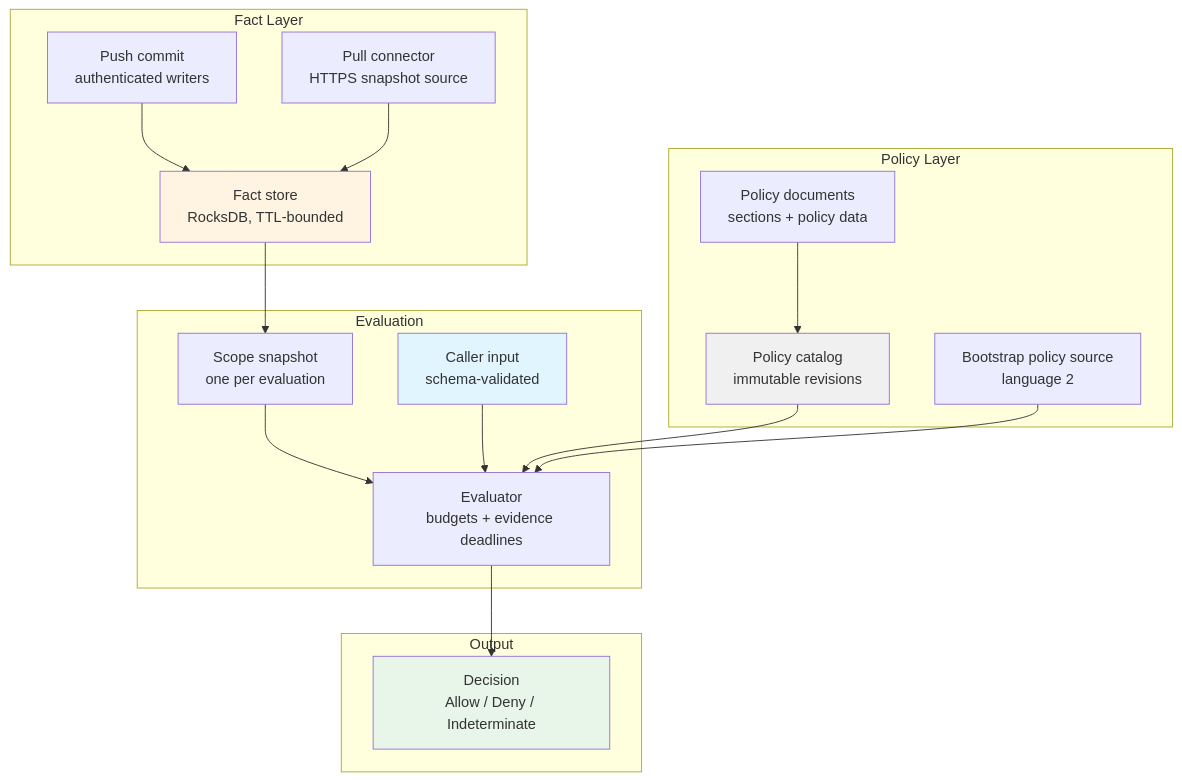
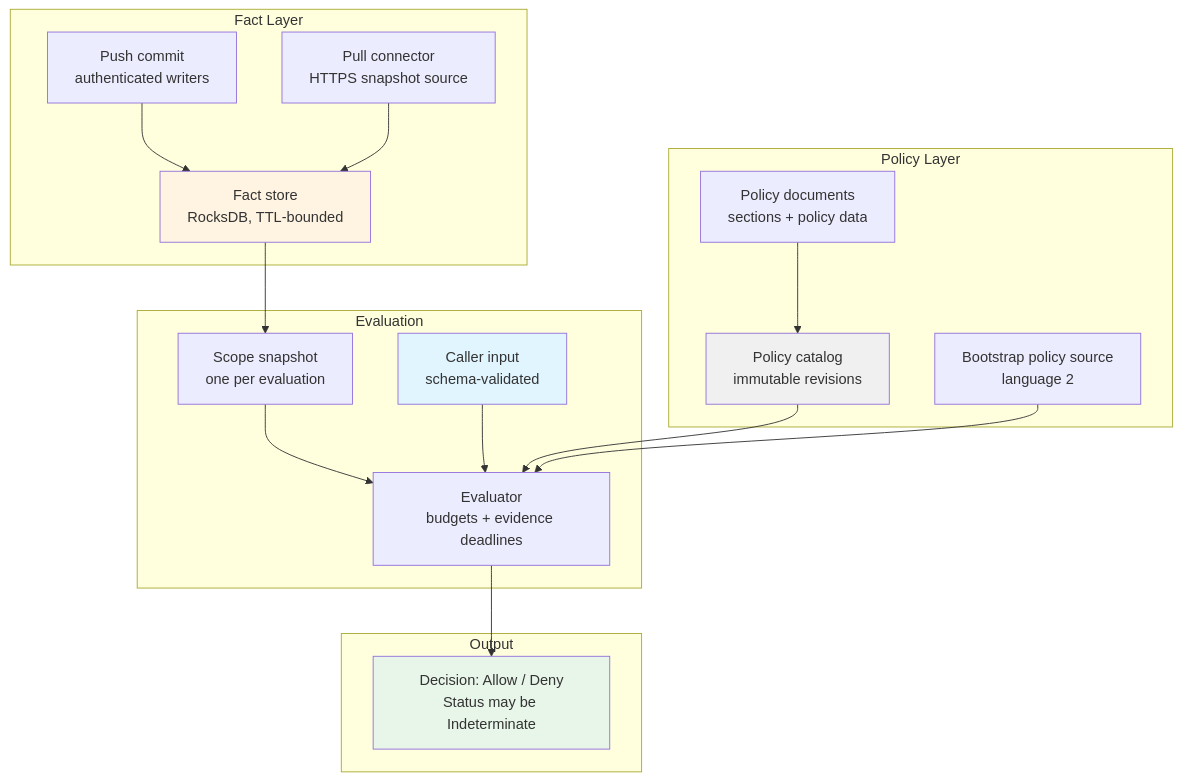
The diagram in README.md (jrepp/ipe), drawn with Mermaid before and after one commit. The commit also changed other lines of this file and 11 other files, not shown here.

````diff
--- a/README.md
+++ b/README.md
@@ -58,38 +58,38 @@
 ```mermaid
 graph TB
     subgraph "Policy Layer"
         SRC[Bootstrap policy source<br/>language 2]
         DOC[Policy documents<br/>sections + policy data]
         CAT[Policy catalog<br/>immutable revisions]
         DOC --> CAT
     end
 
     subgraph "Fact Layer"
         PUSH[Push commit<br/>authenticated writers]
         PULL[Pull connector<br/>HTTPS snapshot source]
         FS[Fact store<br/>RocksDB, TTL-bounded]
         PUSH --> FS
         PULL --> FS
     end
 
     subgraph "Evaluation"
         IN[Caller input<br/>schema-validated]
         SNAP[Scope snapshot<br/>one per evaluation]
         EV[Evaluator<br/>budgets + evidence deadlines]
         FS --> SNAP
         SNAP --> EV
         IN --> EV
         CAT --> EV
         SRC --> EV
     end
 
     subgraph "Output"
-        D[Decision<br/>Allow / Deny / Indeterminate]
+        D[Decision: Allow / Deny<br/>Status may be Indeterminate]
         EV --> D
     end
 
     style IN fill:#e1f5ff
     style FS fill:#fff4e1
     style CAT fill:#f0f0f0
     style D fill:#e8f5e9
 ```
````
